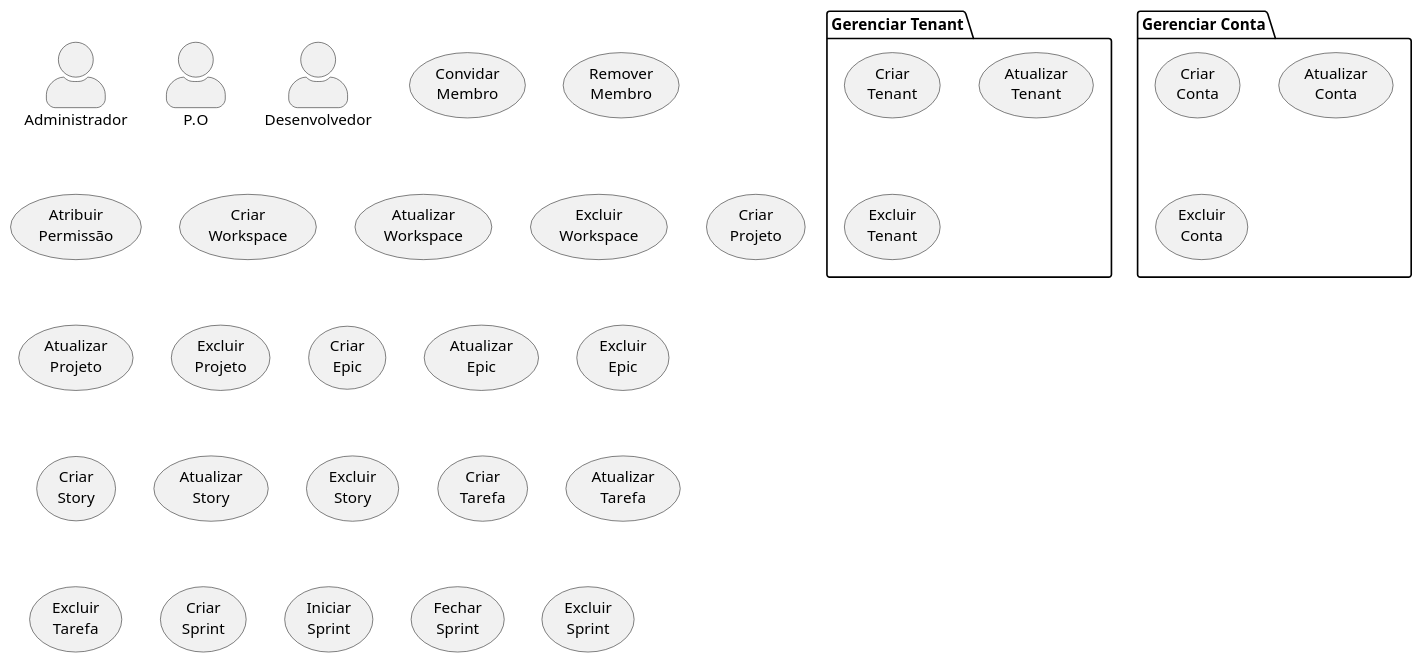
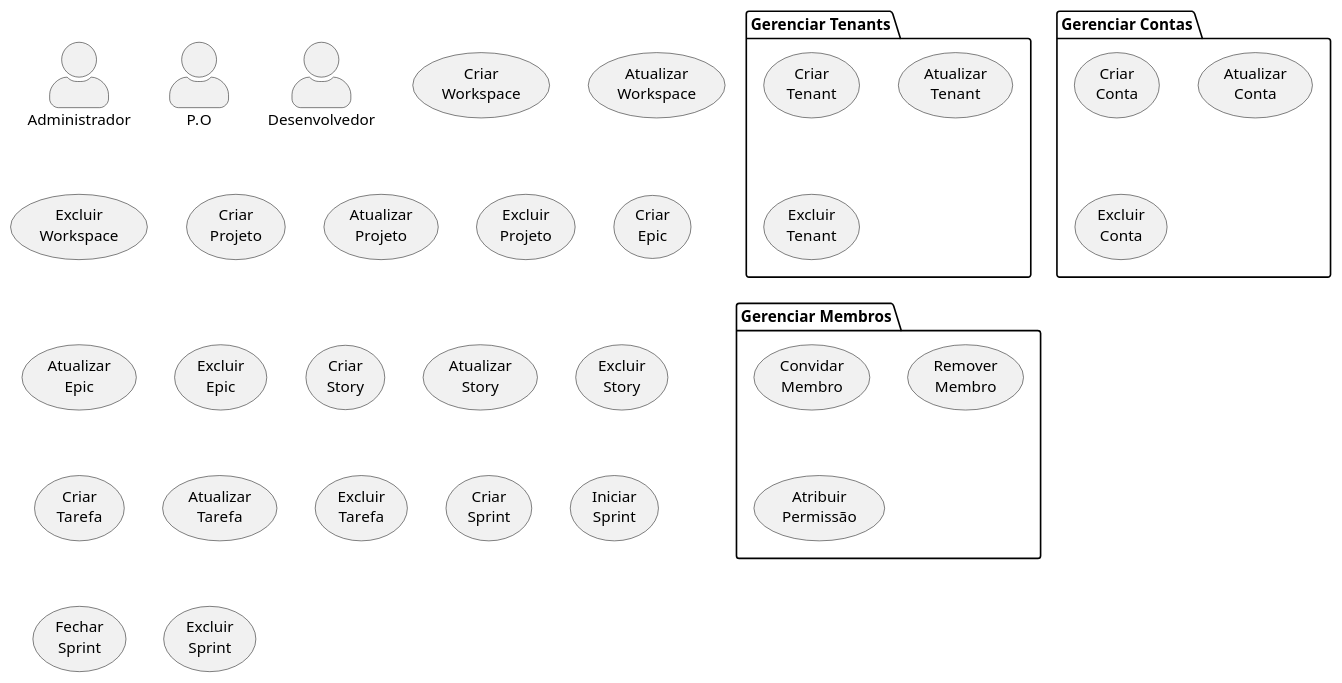
Before and after one commit to jairokoning/sprint_manager_uml: the diagram in use_case.plantuml, drawn with PlantUML.

Commit message:
feat: add use case package manage members

```diff
--- a/use_case.plantuml
+++ b/use_case.plantuml
@@ -1,54 +1,56 @@
 @startuml ""
 ' http://www.plantuml.com/plantuml/uml/SoWkIImgAStDuUBISCiiAYvHA2rEJKuiJjNaqd3Coo_9I2s2YoWa5YjeX3eRQN91HHH2dOtXR0sVnEAIc3nanQ7E9bnS3gbvAI3p0G00
 skinparam TextAlign center
 skinparam actorStyle awesome
 
 actor Administrador as adm
 actor P.O as po
 actor Desenvolvedor as dev
 
-package "Gerenciar Tenant" {
+package "Gerenciar Tenants" {
   usecase "Criar\nTenant" as createTenant
   usecase "Atualizar\nTenant" as updateTenant
   usecase "Excluir\nTenant" as deleteTenant
 }
 
-package "Gerenciar Conta" {
+package "Gerenciar Contas" {
   usecase "Criar\nConta" as createAccount
   usecase "Atualizar\nConta" as updateAccount
   usecase "Excluir\nConta" as deleteAccount
 }
 
-usecase "Convidar\nMembro" as inviteMember
-usecase "Remover\nMembro" as removeMember
-usecase "Atribuir\nPermissão" as setPermission
+package "Gerenciar Membros" {
+  usecase "Convidar\nMembro" as inviteMember
+  usecase "Remover\nMembro" as removeMember
+  usecase "Atribuir\nPermissão" as setPermission
+}
 
 usecase "Criar\nWorkspace" as createWorkspace
 usecase "Atualizar\nWorkspace" as updateWorkspace
 usecase "Excluir\nWorkspace" as deleteWorkspace
 
 usecase "Criar\nProjeto" as createProject
 usecase "Atualizar\nProjeto" as updateProject
 usecase "Excluir\nProjeto" as deleteProject
 
 usecase "Criar\nEpic" as createEpic
 usecase "Atualizar\nEpic" as updateEpic
 usecase "Excluir\nEpic" as deleteEpic
 
 usecase "Criar\nStory" as createStory
 usecase "Atualizar\nStory" as updateStory
 usecase "Excluir\nStory" as deleteStory
 
 usecase "Criar\nTarefa" as createTask
 usecase "Atualizar\nTarefa" as updateTask
 usecase "Excluir\nTarefa" as deleteTask
 
 usecase "Criar\nSprint" as createSprint
 usecase "Iniciar\nSprint" as openSprint
 usecase "Fechar\nSprint" as closeSprint
 usecase "Excluir\nSprint" as deleteSprint
 
 'Quando concluir todas tarefas de um recurso, deve automaticamente concluir o Recurso, e quando concluir todos os recursos de Epic, deve concluir o Epi
 'Criar um grafico de gantt baseado nas tarefas
 
 @enduml
```
